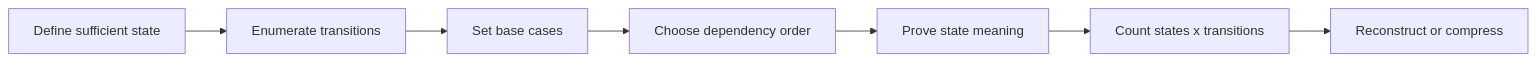
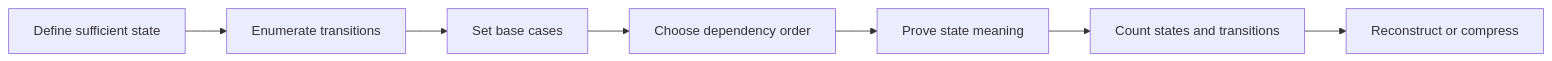
Before and after one commit to vinayreddykalluri/SDE2-Interview-Handbook: the second of 2 diagrams in docs/backend-interview/01-programming-problem-solving/advanced-review.md, drawn with Mermaid. The commit also changed other lines of this file and 21 other files, not shown here.

Commit message:
Add rendered diagrams and runnable coding examples

````diff
--- a/docs/backend-interview/01-programming-problem-solving/advanced-review.md
+++ b/docs/backend-interview/01-programming-problem-solving/advanced-review.md
@@ -134,9 +142,9 @@
 ```mermaid
 flowchart LR
-    S["Define sufficient state"] --> T["Enumerate transitions"]
-    T --> B["Set base cases"]
-    B --> O["Choose dependency order"]
-    O --> P["Prove state meaning"]
-    P --> C["Count states x transitions"]
-    C --> R["Reconstruct or compress"]
+    S[Define sufficient state] --> T[Enumerate transitions]
+    T --> B[Set base cases]
+    B --> O[Choose dependency order]
+    O --> P[Prove state meaning]
+    P --> C[Count states and transitions]
+    C --> R[Reconstruct or compress]
 ```
````
